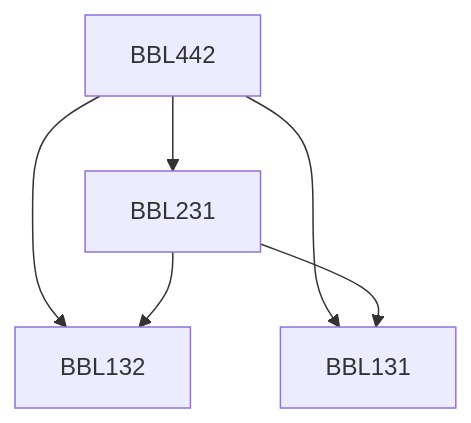
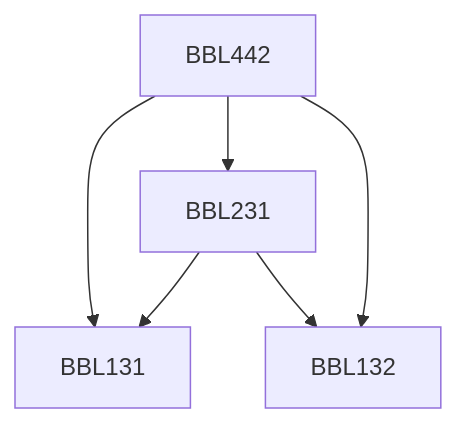
One commit to KeshavBansal0122/CoS_Website changed the diagram in content/Biochemical Engineering and Biotechnology/BBL442.md. Above: the diagram before and after it, drawn with Mermaid. The commit also changed other lines of this file and 392 other files, not shown here.

````diff
--- a/content/Biochemical Engineering and Biotechnology/BBL442.md
+++ b/content/Biochemical Engineering and Biotechnology/BBL442.md
@@ -13,12 +13,12 @@
 ```mermaid
 flowchart TD
 BBL442-80[BBL442]
+BBL231-80 --> BBL131-80[BBL131]
+BBL442-80 --> BBL231-80[BBL231]
 BBL442-80 --> BBL132-80[BBL132]
 BBL442-80 --> BBL131-80[BBL131]
 BBL231-80 --> BBL132-80[BBL132]
-BBL231-80 --> BBL131-80[BBL131]
-BBL442-80 --> BBL231-80[BBL231]
 
 classDef empty height:17px, fill:transparent, stroke:transparent;
 classDef trueEmpty height:0px, width:0px;
 ```
````
